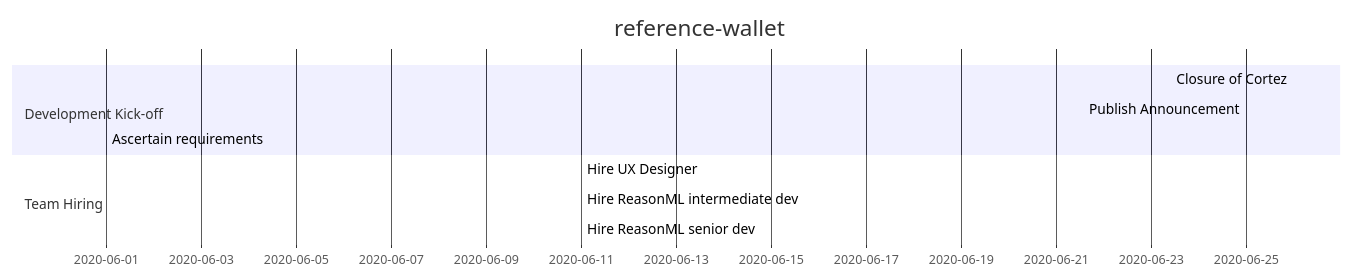
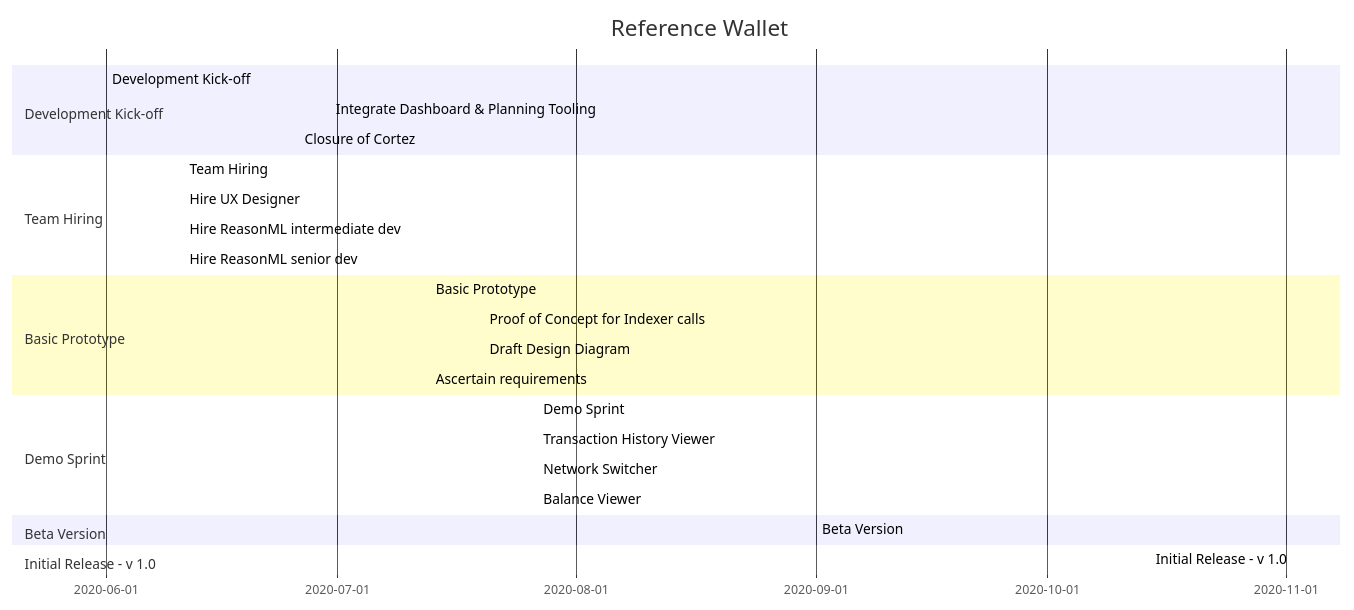
Before and after one commit to trilitech/umami-v1: the diagram in reports/gantt.md, drawn with Mermaid.

Commit message:
Basic Prototype

````diff
--- a/reports/gantt.md
+++ b/reports/gantt.md
@@ -1,13 +1,27 @@
 ```mermaid
 gantt
-    title reference-wallet
+    title Reference Wallet
     section Development Kick-off
-    Closure of Cortez                       :active, 2020-06-26, 2020-07-13
-    Publish Announcement                    :active, 2020-06-25, 2020-07-13
-    Ascertain requirements                  :active, 2020-06-01, 2020-07-01
+    Development Kick-off                    :done, 2020-06-01, 2020-07-13
+    Integrate Dashboard & Planning Tooling  :done, 2020-06-30, 2020-07-13
+    Closure of Cortez                       :done, 2020-06-26, 2020-07-13
     section Team Hiring
-    Hire UX Designer                        :active, 2020-06-11, 2020-07-11
-    Hire ReasonML intermediate dev          :active, 2020-06-11, 2020-07-11
-    Hire ReasonML senior dev                :active, 2020-06-11, 2020-07-11
-    section Other
+    Team Hiring                             :active, 2020-06-11, 2020-09-30
+    Hire UX Designer                        :active, 2020-06-11, 2020-09-30
+    Hire ReasonML intermediate dev          :active, 2020-06-11, 2020-09-30
+    Hire ReasonML senior dev                :done, 2020-06-11, 2020-07-20
+    section Basic Prototype
+    Basic Prototype                         :active, 2020-07-13, 2020-08-31
+    Proof of Concept for Indexer calls      :done, 2020-07-20, 2020-07-24
+    Draft Design Diagram                    :done, 2020-07-20, 2020-07-27
+    Ascertain requirements                  :done, 2020-07-13, 2020-07-24
+    section Demo Sprint
+    Demo Sprint                             :active, 2020-07-27, 2020-07-31
+    Transaction History Viewer              :active, 2020-07-27, 2020-07-31
+    Network Switcher                        :active, 2020-07-27, 2020-07-31
+    Balance Viewer                          :active, 2020-07-27, 2020-07-31
+    section Beta Version
+    Beta Version                            :active, 2020-09-01, 2020-10-30
+    section Initial Release - v 1.0
+    Initial Release - v 1.0                 :active, 2020-11-02, 2021-01-31
 ```
````
